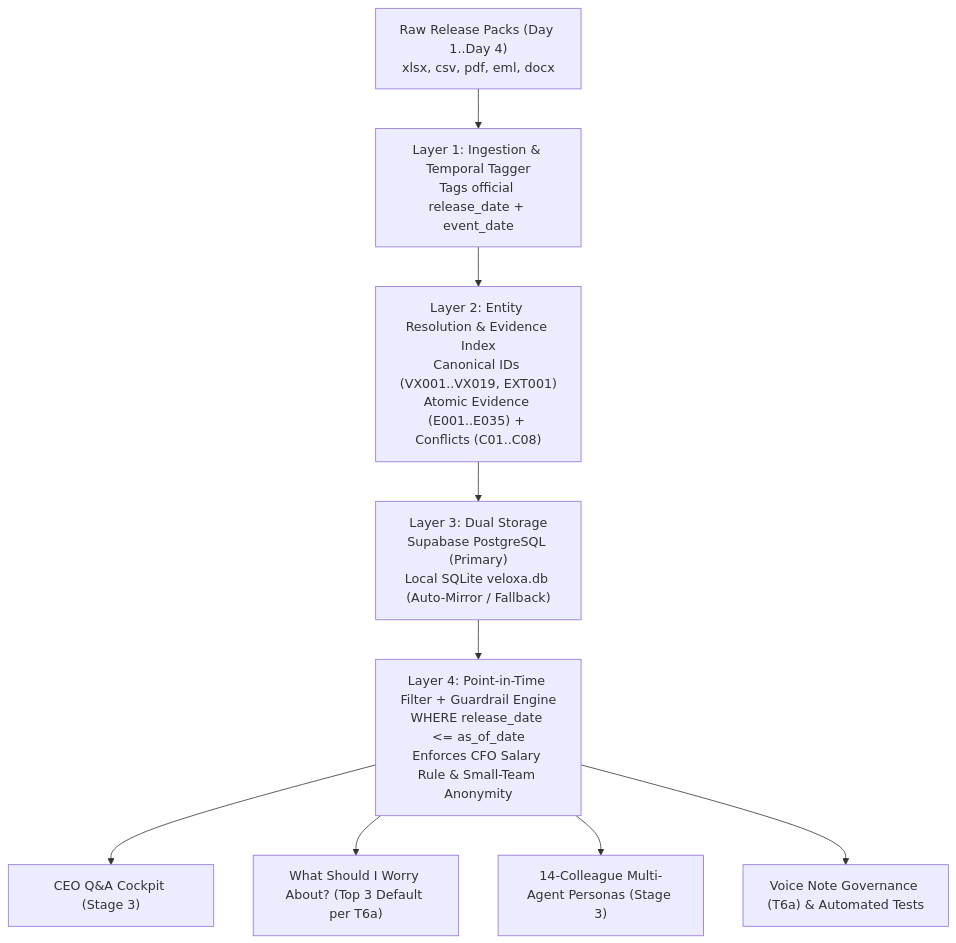
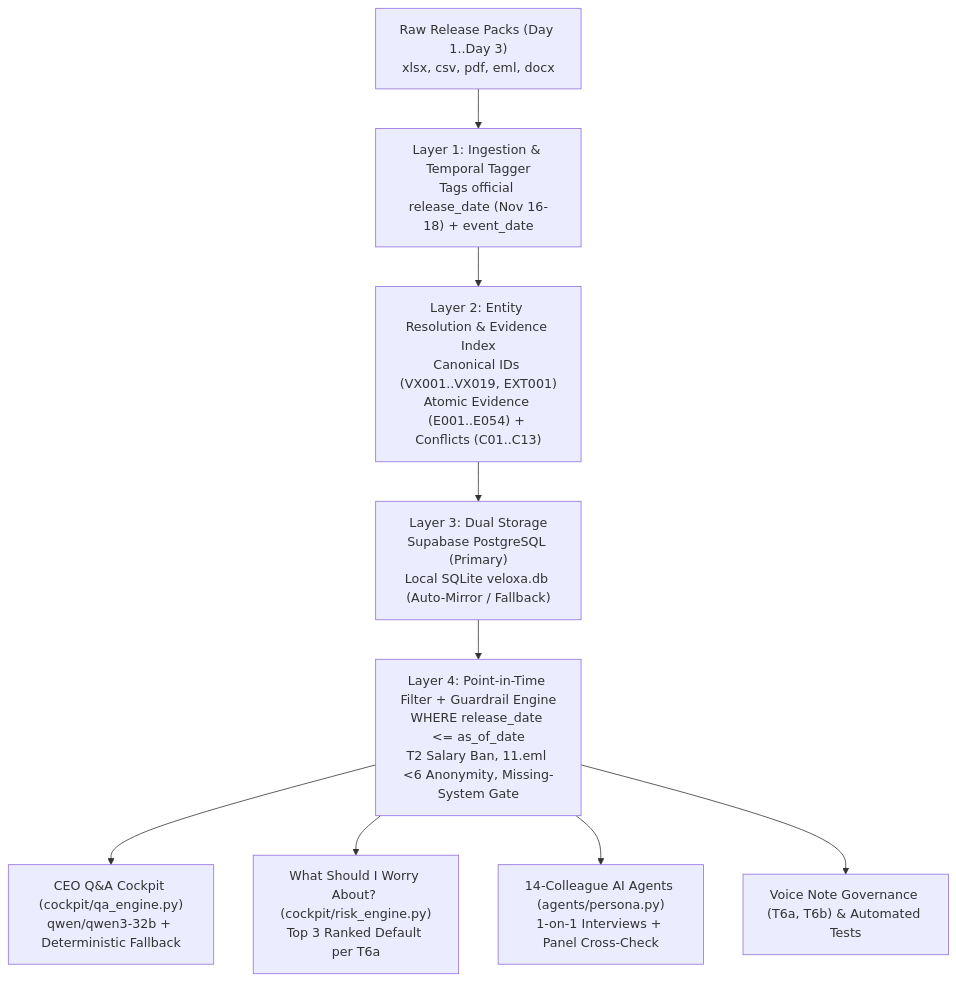
Before and after one commit to SaM-005X/veloxa-cockpit-samrat-sengupta: the diagram in ARCHITECTURE.md, drawn with Mermaid. The commit also changed other lines of this file and 6 other files, not shown here.

Commit message:
Stage 3: Add Day 3 test suite and update all 6 governance/architecture docs

````diff
--- a/ARCHITECTURE.md
+++ b/ARCHITECTURE.md
@@ -18,11 +18,11 @@
 ```mermaid
 flowchart TD
-    A["Raw Release Packs (Day 1..Day 4)<br/>xlsx, csv, pdf, eml, docx"] --> B["Layer 1: Ingestion & Temporal Tagger<br/>Tags official release_date + event_date"]
-    B --> C["Layer 2: Entity Resolution & Evidence Index<br/>Canonical IDs (VX001..VX019, EXT001)<br/>Atomic Evidence (E001..E035) + Conflicts (C01..C08)"]
+    A["Raw Release Packs (Day 1..Day 3)<br/>xlsx, csv, pdf, eml, docx"] --> B["Layer 1: Ingestion & Temporal Tagger<br/>Tags official release_date (Nov 16-18) + event_date"]
+    B --> C["Layer 2: Entity Resolution & Evidence Index<br/>Canonical IDs (VX001..VX019, EXT001)<br/>Atomic Evidence (E001..E054) + Conflicts (C01..C13)"]
     C --> D["Layer 3: Dual Storage<br/>Supabase PostgreSQL (Primary)<br/>Local SQLite veloxa.db (Auto-Mirror / Fallback)"]
-    D --> E["Layer 4: Point-in-Time Filter + Guardrail Engine<br/>WHERE release_date <= as_of_date<br/>Enforces CFO Salary Rule & Small-Team Anonymity"]
-    E --> F1["CEO Q&A Cockpit (Stage 3)"]
-    E --> F2["What Should I Worry About? (Top 3 Default per T6a)"]
-    E --> F3["14-Colleague Multi-Agent Personas (Stage 3)"]
-    E --> F4["Voice Note Governance (T6a) & Automated Tests"]
+    D --> E["Layer 4: Point-in-Time Filter + Guardrail Engine<br/>WHERE release_date <= as_of_date<br/>T2 Salary Ban, 11.eml <6 Anonymity, Missing-System Gate"]
+    E --> F1["CEO Q&A Cockpit (cockpit/qa_engine.py)<br/>qwen/qwen3-32b + Deterministic Fallback"]
+    E --> F2["What Should I Worry About? (cockpit/risk_engine.py)<br/>Top 3 Ranked Default per T6a"]
+    E --> F3["14-Colleague AI Agents (agents/persona.py)<br/>1-on-1 Interviews + Panel Cross-Check"]
+    E --> F4["Voice Note Governance (T6a, T6b) & Automated Tests"]
 ```
````
